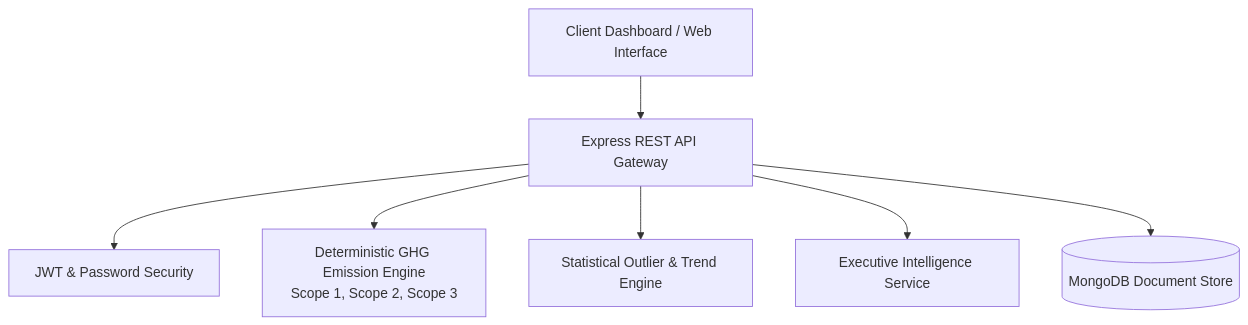
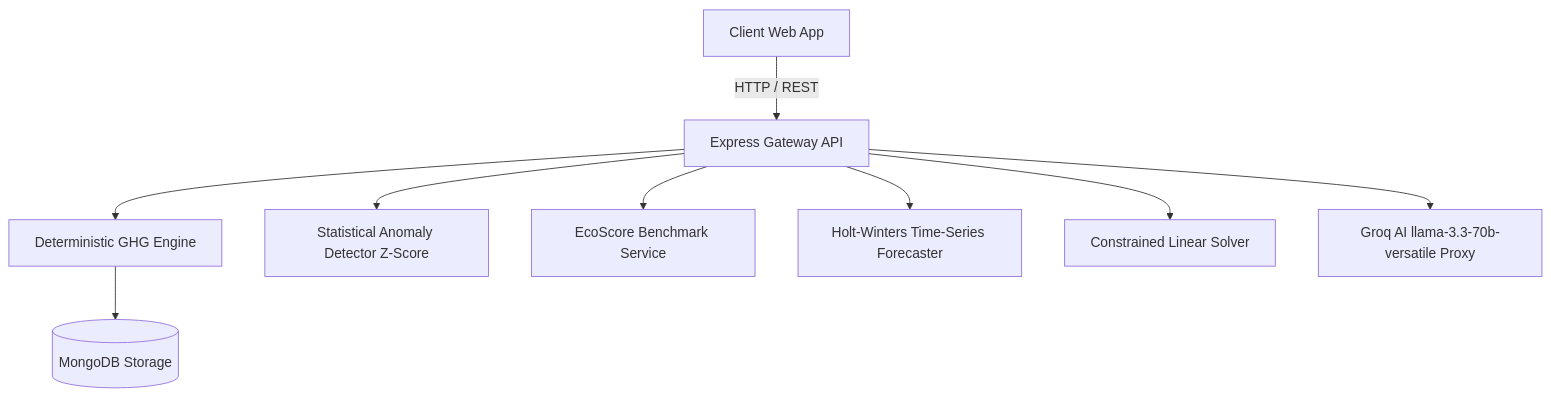
The diagram in README.md (Dhruvg334/Carbonly), drawn with Mermaid before and after one commit. The commit also changed other lines of this file and 10 other files, not shown here.

Commit message:
refactor(ui): unify auth portal, add password eye toggle, create repo docs, and update readme

````diff
--- a/README.md
+++ b/README.md
@@ -24,9 +16,11 @@
 ```mermaid
 graph TD
-    Client[Client Dashboard / Web Interface] --> API[Express REST API Gateway]
-    API --> Auth[JWT & Password Security]
-    API --> CalcEngine[Deterministic GHG Emission Engine<br/>Scope 1, Scope 2, Scope 3]
-    API --> AnomalyModule[Statistical Outlier & Trend Engine]
-    API --> LLMProxy[Executive Intelligence Service]
-    API --> Database[(MongoDB Document Store)]
+    A[Client Web App] -->|HTTP / REST| B[Express Gateway API]
+    B --> C[Deterministic GHG Engine]
+    B --> D[Statistical Anomaly Detector Z-Score]
+    B --> E[EcoScore Benchmark Service]
+    B --> F[Holt-Winters Time-Series Forecaster]
+    B --> G[Constrained Linear Solver]
+    B --> H[Groq AI llama-3.3-70b-versatile Proxy]
+    C --> I[(MongoDB Storage)]
 ```
````
